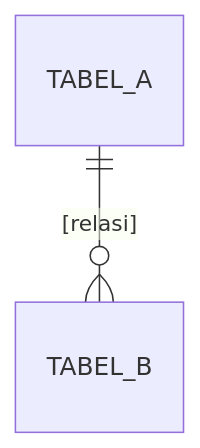
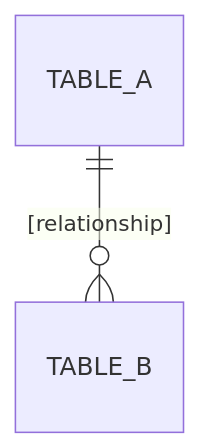
The second of 2 diagrams in resources/ARCHITECTURE.template.md (Light-Yodeler/living-docs), drawn with Mermaid before and after one commit. The commit also changed other lines of this file and 21 other files, not shown here.

````diff
--- a/resources/ARCHITECTURE.template.md
+++ b/resources/ARCHITECTURE.template.md
@@ -64,4 +63,4 @@
 ```mermaid
 erDiagram
-    TABEL_A ||--o{ TABEL_B : "[relasi]"
+    TABLE_A ||--o{ TABLE_B : "[relationship]"
 ```
````
